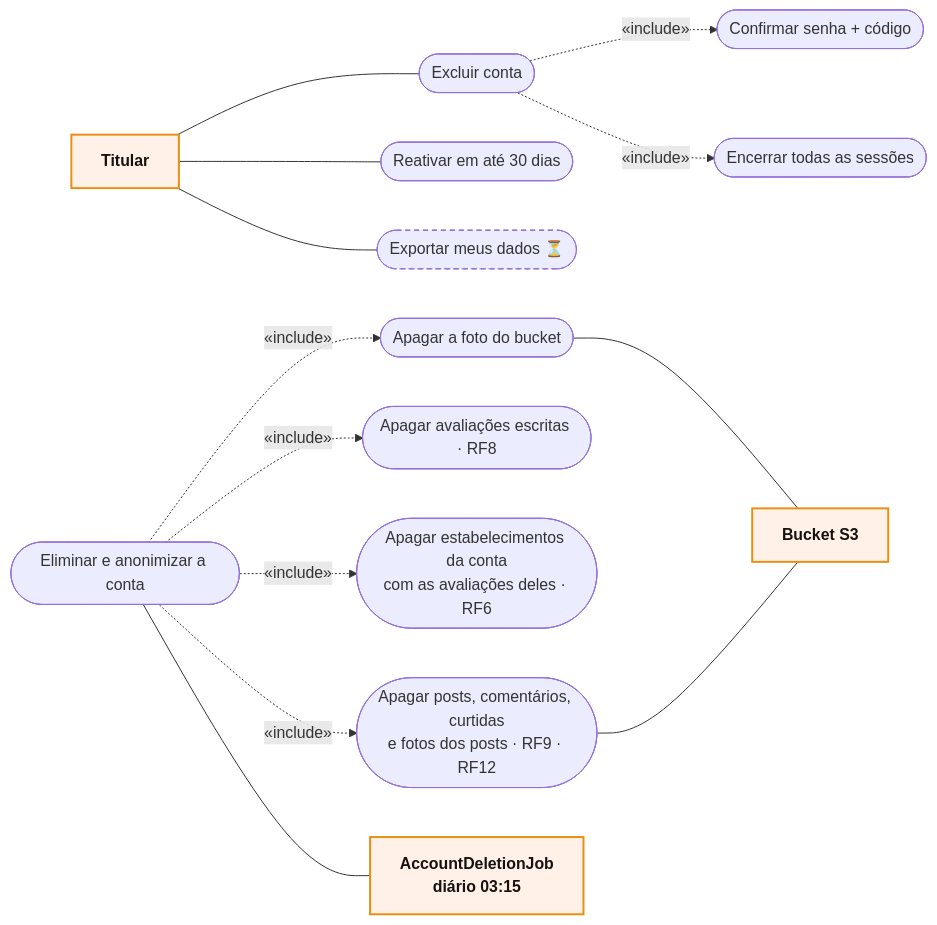
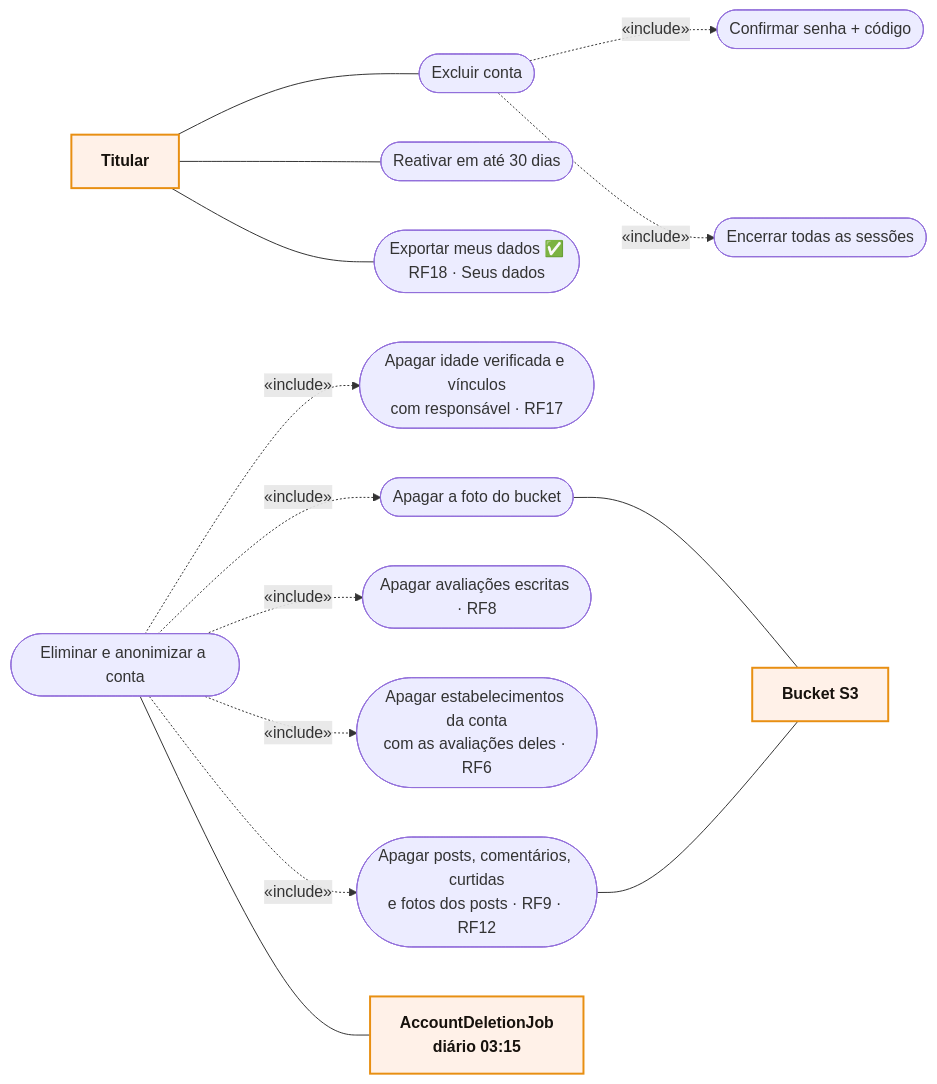
Before and after one commit to MatheusHaliski/Friendly-Eats: the diagram in docs/RF5/casos-de-uso.md, drawn with Mermaid. The commit also changed 45 other files, not shown here.

````diff
--- a/docs/RF5/casos-de-uso.md
+++ b/docs/RF5/casos-de-uso.md
@@ -3,32 +3,34 @@
 ```mermaid
 flowchart LR
     T["Titular"]:::actor
 
     EXC(["Excluir conta"])
     SUDO(["Confirmar senha + código"])
     FIM(["Encerrar todas as sessões"])
     REAT(["Reativar em até 30 dias"])
-    EXP(["Exportar meus dados ⏳"]):::planned
+    EXP(["Exportar meus dados ✅<br/>RF18 · Seus dados"])
+    R17(["Apagar idade verificada e vínculos<br/>com responsável · RF17"])
     ELIM(["Eliminar e anonimizar a conta"])
     FOTO(["Apagar a foto do bucket"])
     AVAL(["Apagar avaliações escritas · RF8"])
     ESTB(["Apagar estabelecimentos da conta<br/>com as avaliações deles · RF6"])
     APAG(["Apagar posts, comentários, curtidas<br/>e fotos dos posts · RF9 · RF12"])
 
     JOB["AccountDeletionJob<br/>diário 03:15"]:::actor
     S3["Bucket S3"]:::actor
 
     T --- EXC & REAT & EXP
     EXC -. «include» .-> SUDO
     EXC -. «include» .-> FIM
     ELIM -. «include» .-> FOTO
     ELIM -. «include» .-> AVAL
     ELIM -. «include» .-> ESTB
     ELIM -. «include» .-> APAG
+    ELIM -. «include» .-> R17
     ELIM --- JOB
     FOTO --- S3
     APAG --- S3
 
     classDef actor fill:#FFF1E8,stroke:#E88F12,stroke-width:2px,color:#17120D,font-weight:bold
     classDef planned stroke-dasharray:5 4
 ```
````
